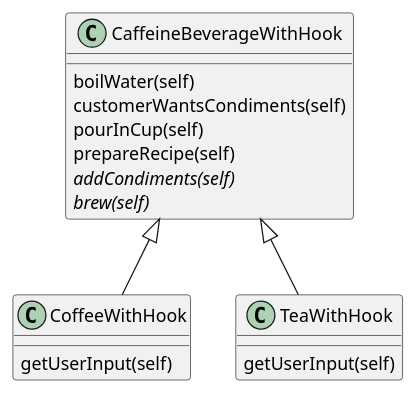
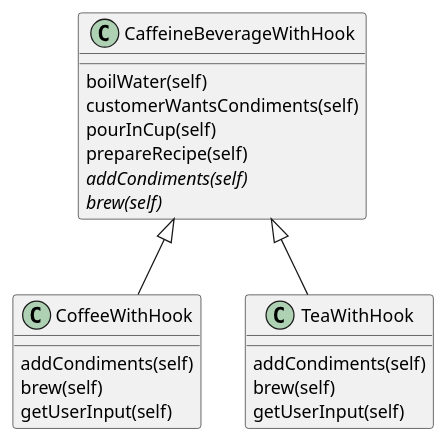
One commit to gama79530/DesignPattern changed the diagram in 08_TemplateMethodPattern/TemplateMethodPattern.puml. Above: the diagram before and after it, drawn with PlantUML.

Commit message:
update Template Method Pattern

```diff
--- a/08_TemplateMethodPattern/TemplateMethodPattern.puml
+++ b/08_TemplateMethodPattern/TemplateMethodPattern.puml
@@ -1,22 +1,26 @@
 @startuml TemplateMethodPattern
 class CaffeineBeverageWithHook{
     boilWater(self)
     customerWantsCondiments(self)
     pourInCup(self)
     prepareRecipe(self)
     {abstract} addCondiments(self)
     {abstract} brew(self)
 }
 
 class CoffeeWithHook{
+    addCondiments(self)
+    brew(self)
     getUserInput(self)
 }
 
 class TeaWithHook{
+    addCondiments(self)
+    brew(self)
     getUserInput(self)
 }
 
 CaffeineBeverageWithHook <|-- CoffeeWithHook
 CaffeineBeverageWithHook <|-- TeaWithHook
 
 @enduml
```
